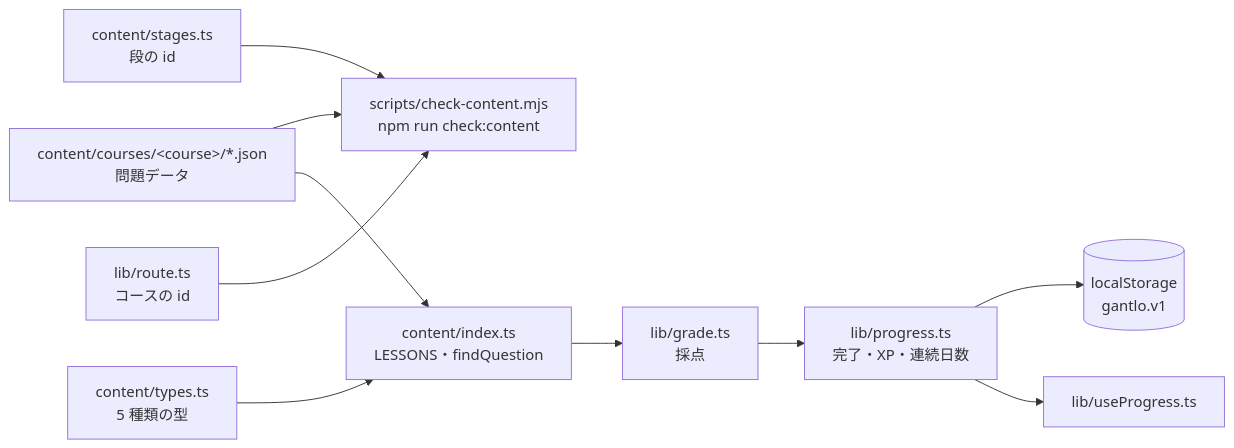
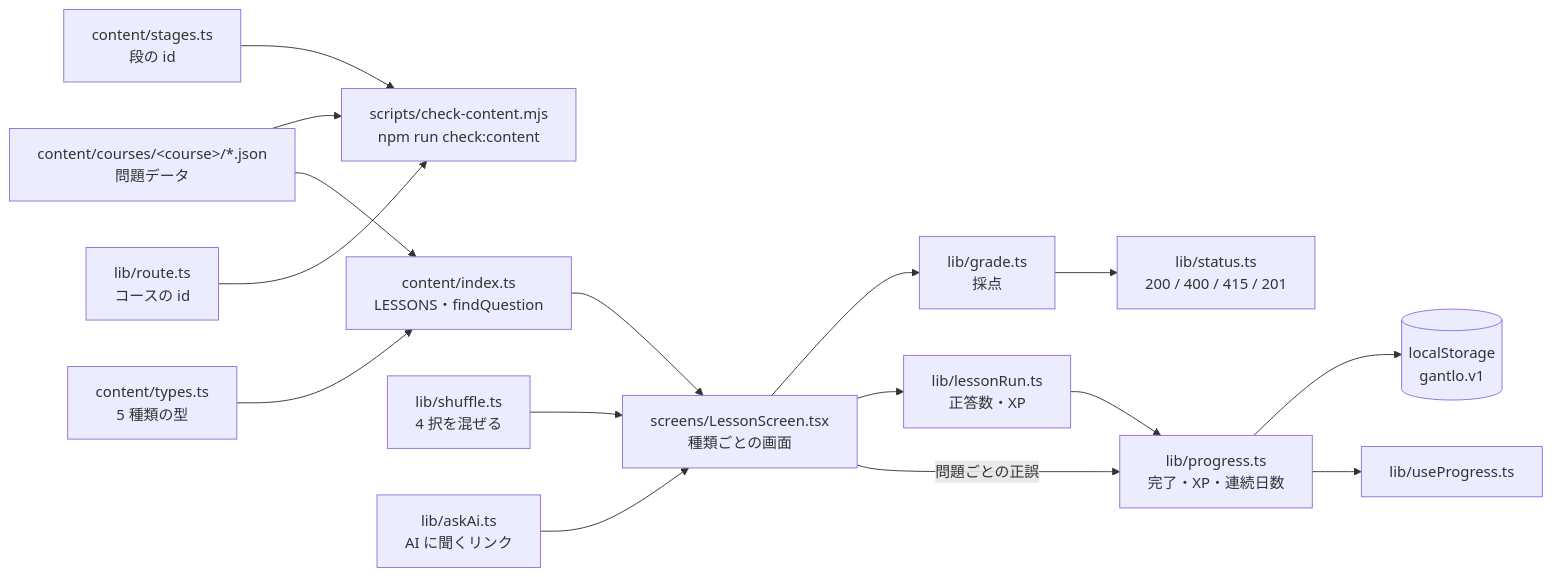
The second of 2 diagrams in README.md (maco165/gantlo), drawn with Mermaid before and after one commit. The commit also changed other lines of this file, not shown here.

First line of the commit message:
README の構成の表と図にレッスンの画面を足す

````diff
--- a/README.md
+++ b/README.md
@@ -40,12 +45,18 @@
 ```mermaid
 flowchart LR
   json["content/courses/#lt;course#gt;/*.json<br/>問題データ"] --> check["scripts/check-content.mjs<br/>npm run check:content"]
   stages["content/stages.ts<br/>段の id"] --> check
   courses["lib/route.ts<br/>コースの id"] --> check
   json --> index["content/index.ts<br/>LESSONS・findQuestion"]
   types["content/types.ts<br/>5 種類の型"] --> index
-  index --> grade["lib/grade.ts<br/>採点"]
-  grade --> progress["lib/progress.ts<br/>完了・XP・連続日数"]
+  index --> lesson["screens/LessonScreen.tsx<br/>種類ごとの画面"]
+  shuffle["lib/shuffle.ts<br/>4 択を混ぜる"] --> lesson
+  ask["lib/askAi.ts<br/>AI に聞くリンク"] --> lesson
+  lesson --> grade["lib/grade.ts<br/>採点"]
+  grade --> st["lib/status.ts<br/>200 / 400 / 415 / 201"]
+  lesson --> run["lib/lessonRun.ts<br/>正答数・XP"]
+  run --> progress["lib/progress.ts<br/>完了・XP・連続日数"]
+  lesson -->|問題ごとの正誤| progress
   progress --> ls[("localStorage<br/>gantlo.v1")]
   progress --> hook["lib/useProgress.ts"]
 ```
````
